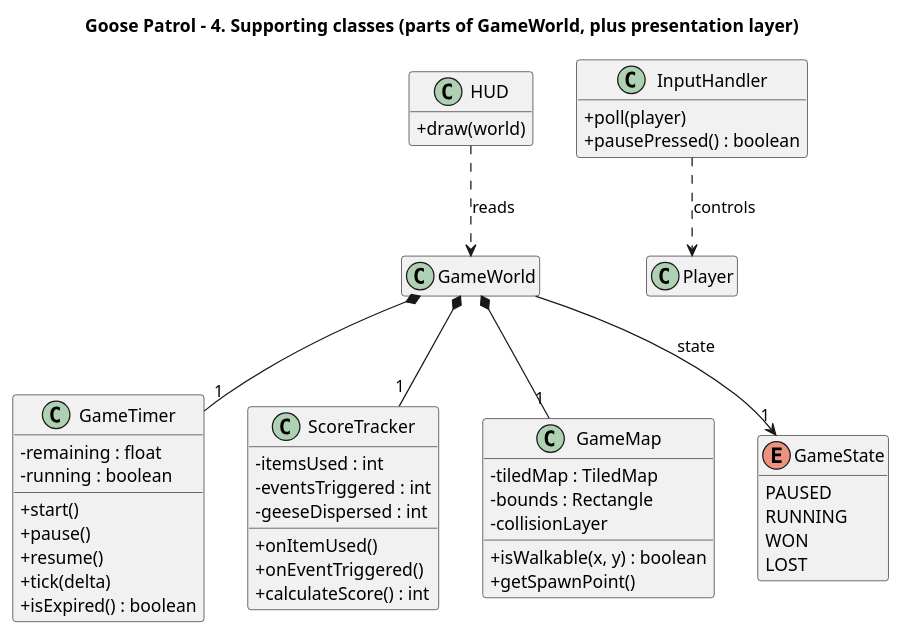
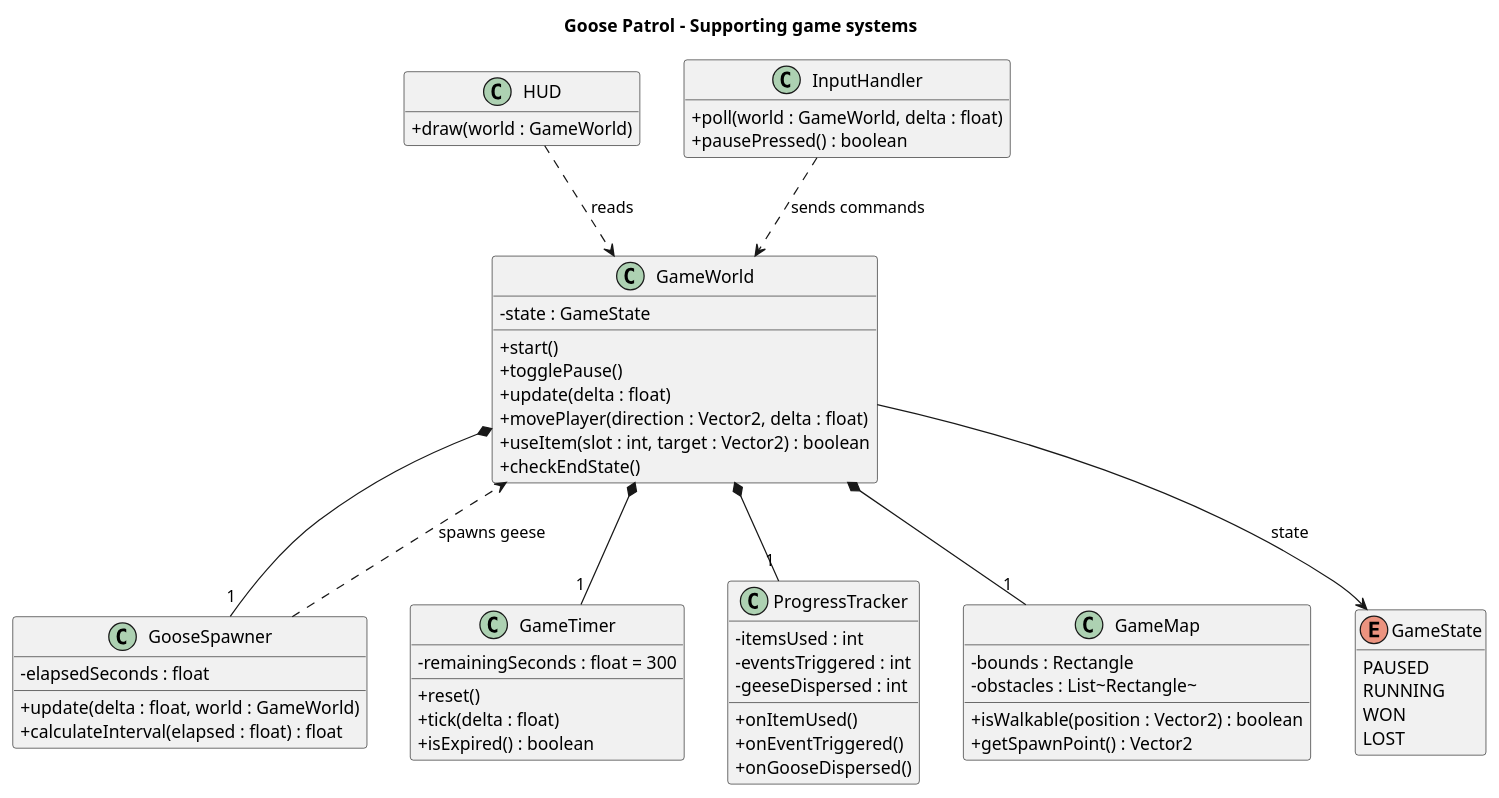
One commit to mnd514-cloud/GameChangersGooseGame changed the diagram in 04-supporting.puml. Above: the diagram before and after it, drawn with PlantUML. The commit also changed 5 other files, not shown here.

Commit message:
UML changes

```diff
--- a/04-supporting.puml
+++ b/04-supporting.puml
@@ -1,66 +1,65 @@
 @startuml 04-supporting
-title Goose Patrol - 4. Supporting classes (parts of GameWorld, plus presentation layer)
-
-' ---- display settings: leave as they are ----
+title Goose Patrol - Supporting game systems
 skinparam classAttributeIconSize 0
 skinparam shadowing false
 hide empty members
 
-' ---- classes ----
 class GameTimer {
-  - remaining : float
-  - running : boolean
-  + start()
-  + pause()
-  + resume()
-  + tick(delta)
-  + isExpired() : boolean
+  -remainingSeconds : float = 300
+  +reset()
+  +tick(delta : float)
+  +isExpired() : boolean
 }
-
-class ScoreTracker {
-  - itemsUsed : int
-  - eventsTriggered : int
-  - geeseDispersed : int
-  + onItemUsed()
-  + onEventTriggered()
-  + calculateScore() : int
+class ProgressTracker {
+  -itemsUsed : int
+  -eventsTriggered : int
+  -geeseDispersed : int
+  +onItemUsed()
+  +onEventTriggered()
+  +onGooseDispersed()
 }
-
 class GameMap {
-  - tiledMap : TiledMap
-  - bounds : Rectangle
-  - collisionLayer
-  + isWalkable(x, y) : boolean
-  + getSpawnPoint()
+  -bounds : Rectangle
+  -obstacles : List~Rectangle~
+  +isWalkable(position : Vector2) : boolean
+  +getSpawnPoint() : Vector2
 }
-
+class GooseSpawner {
+  -elapsedSeconds : float
+  +update(delta : float, world : GameWorld)
+  +calculateInterval(elapsed : float) : float
+}
 class HUD {
-  + draw(world)
+  +draw(world : GameWorld)
 }
-
 class InputHandler {
-  + poll(player)
-  + pausePressed() : boolean
+  +poll(world : GameWorld, delta : float)
+  +pausePressed() : boolean
 }
-
 enum GameState {
   PAUSED
   RUNNING
   WON
   LOST
 }
+class GameWorld {
+  -state : GameState
+  +start()
+  +togglePause()
+  +update(delta : float)
+  +movePlayer(direction : Vector2, delta : float)
+  +useItem(slot : int, target : Vector2) : boolean
+  +checkEndState()
+}
 
-' name-only boxes: shown here only so the arrows have something to point at
-class GameWorld
-class Player
+GameWorld *-- "1" GameTimer
+GameWorld *-- "1" ProgressTracker
+GameWorld *-- "1" GameMap
+GameWorld *-- "1" GooseSpawner
+GameWorld --> GameState : state
+HUD ..> GameWorld : reads
+InputHandler ..> GameWorld : sends commands
+GooseSpawner ..> GameWorld : spawns geese
 
-' ---- relationships ----
-GameWorld *-- "1" GameTimer
-GameWorld *-- "1" ScoreTracker
-GameWorld *-- "1" GameMap
-GameWorld --> "1" GameState : state
-
-HUD ..> GameWorld : reads
-InputHandler ..> Player : controls
 
 @enduml
```
